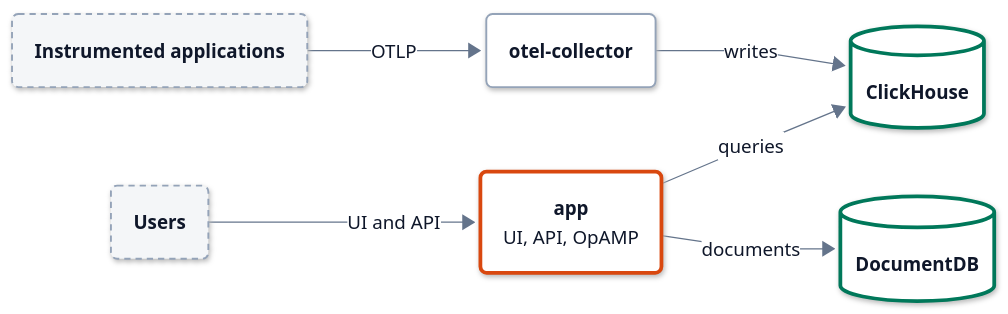
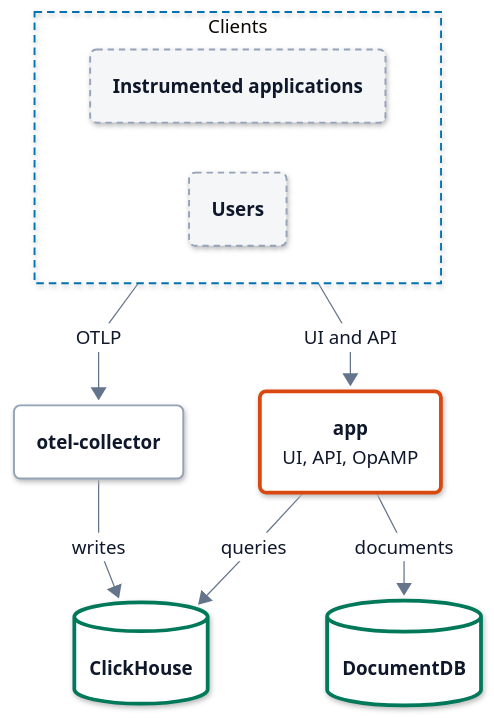
Before and after one commit to hyperi-io/dfe-hyperdx: the second of 2 diagrams in docs/architecture/deployment.md, drawn with Mermaid. The commit also changed 15 other files, not shown here.

First line of the commit message:
docs(architecture): add the architecture page and fit every flowchart (#234)

````diff
--- a/docs/architecture/deployment.md
+++ b/docs/architecture/deployment.md
@@ -117,76 +117,80 @@
 ```mermaid
 ---
 config:
   theme: base
   look: neo
   fontFamily: Inter, -apple-system, Segoe UI, Roboto, Helvetica, Arial, sans-serif
   flowchart:
     curve: linear
     nodeSpacing: 40
     rankSpacing: 64
     padding: 18
     wrappingWidth: 280
     htmlLabels: true
   elk:
     preset: modelOrder
   themeVariables:
     fontSize: 15px
     lineColor: "#64748B"
     primaryTextColor: "#0F172A"
     clusterBorder: "#0072B2"
     edgeLabelBackground: "#FFFFFF"
   themeCSS: >-
     p{margin:0}
     .node[data-look] rect,.node[data-look] path,.node[data-look] polygon,.node[data-look] .outer-path{filter:drop-shadow(0 1px 2px rgba(15,23,42,.10)) drop-shadow(0 6px 14px rgba(15,23,42,.10))}
     .node rect{rx:10px;ry:10px}
     .cluster rect{rx:16px;ry:16px}
     .node .label div{min-width:150px}
     .node.decision .label div{min-width:0}
     .cluster[data-look] rect{filter:none}
     .nodeLabel{line-height:1.35}
     .nodeLabel b{font-weight:600;font-size:15px;letter-spacing:-0.01em}
     .nodeLabel span{font-size:12.5px;font-weight:400;color:#334155}
     .cluster-label span.nodeLabel{display:inline-block;background:#FFFFFF;color:#0B2A3F;border:1.5px solid #0072B2;border-radius:999px;padding:2px 12px;font-size:11.5px;font-weight:700;letter-spacing:.09em;text-transform:uppercase}
     .flowchart-link{stroke-width:1.75px}
     .labelBkg{background:transparent!important}
     span.edgeLabel{display:inline-block;background:#FFFFFF!important;color:#1E293B;border:1px solid #94A3B8;border-radius:999px;padding:2px 10px;font-size:12px;font-weight:500}
     span.edgeLabel p{background:transparent!important}
     .label-icon{width:20px;height:20px;vertical-align:-4px;margin-right:6px}
     .ingest .label-icon{color:#0E8A7D}
     .xform .label-icon{color:#7B4FB0}
     .load .label-icon{color:#0072B2}
     .bus .label-icon{color:#A8517F}
     .store .label-icon{color:#00785A}
     .ui .label-icon{color:#D9480F}
     .ext .label-icon{color:#64748B}
 ---
-flowchart LR
+flowchart TB
   accTitle: L4 Detail -- Compose services
   accDescr: Instrumented applications send OTLP to the otel-collector, which writes ClickHouse. Users reach the app container, which queries ClickHouse and keeps its documents in DocumentDB.
-  senders("<b>Instrumented applications</b>")
-  users("<b>Users</b>")
+  subgraph clients["Clients"]
+    direction LR
+    senders("<b>Instrumented applications</b>")
+    users("<b>Users</b>")
+  end
   otel("<b>otel-collector</b>")
   app("<b>app</b><br/><span>UI, API, OpAMP</span>")
   ch[("<b>ClickHouse</b>")]
   docdb[("<b>DocumentDB</b>")]
   senders -->|OTLP| otel
   users -->|UI and API| app
   otel -->|writes| ch
   app -->|queries| ch
   app -->|documents| docdb
+  class senders,users ext
+  class otel part
+  class app ui
+  class ch,docdb store
   classDef ext fill:#F4F6F8,stroke:#94A3B8,stroke-width:1.5px,stroke-dasharray:5 4,color:#0F172A
   classDef ingest fill:#FFFFFF,stroke:#0E8A7D,stroke-width:3px,color:#0F172A
   classDef xform fill:#FFFFFF,stroke:#7B4FB0,stroke-width:3px,color:#0F172A
   classDef load fill:#FFFFFF,stroke:#0072B2,stroke-width:3px,color:#0F172A
   classDef bus fill:#FFFFFF,stroke:#A8517F,stroke-width:3px,color:#0F172A
   classDef store fill:#FFFFFF,stroke:#00785A,stroke-width:3px,color:#0F172A
   classDef ui fill:#FFFFFF,stroke:#D9480F,stroke-width:3px,color:#0F172A
   classDef decision fill:#FFFFFF,stroke:#9A6700,stroke-width:3px,color:#0F172A
   classDef error fill:#FFFFFF,stroke:#C2410C,stroke-width:3px,color:#0F172A
   classDef control fill:#FFFFFF,stroke:#334155,stroke-width:3px,color:#0F172A
   classDef part fill:#FFFFFF,stroke:#94A3B8,stroke-width:1.5px,color:#0F172A
-  class senders,users ext
-  class otel part
-  class app ui
-  class ch,docdb store
+  style clients fill:none,stroke:#0072B2,stroke-width:1.5px,stroke-dasharray:6 4
 ```
````
